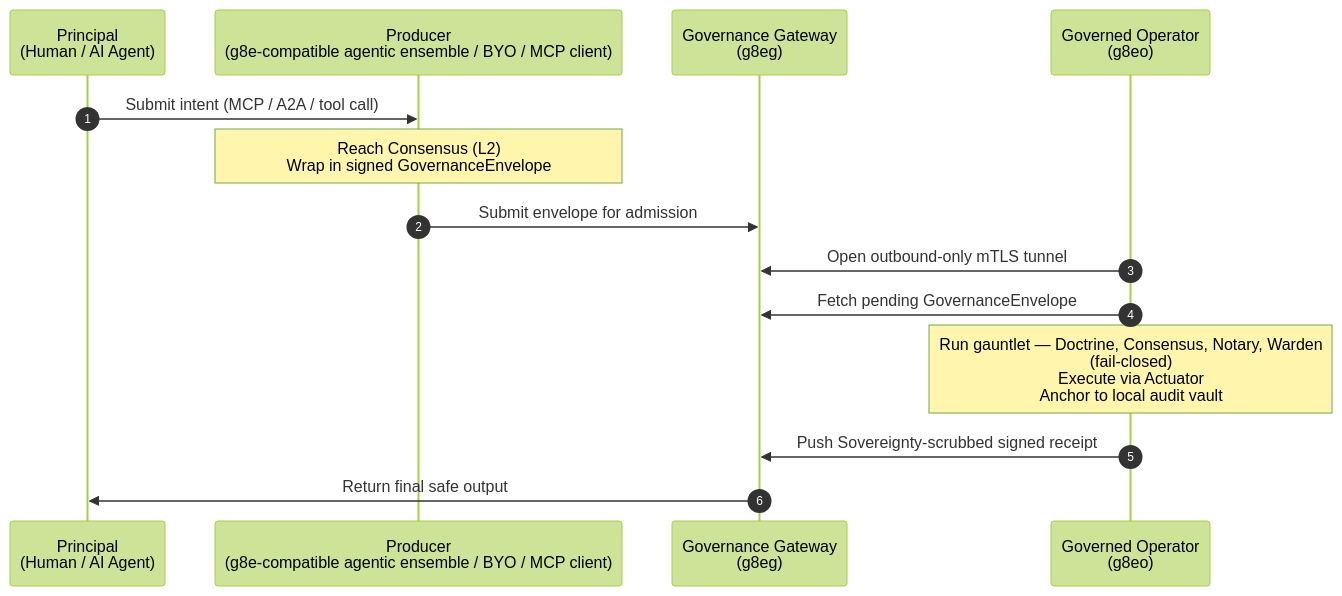
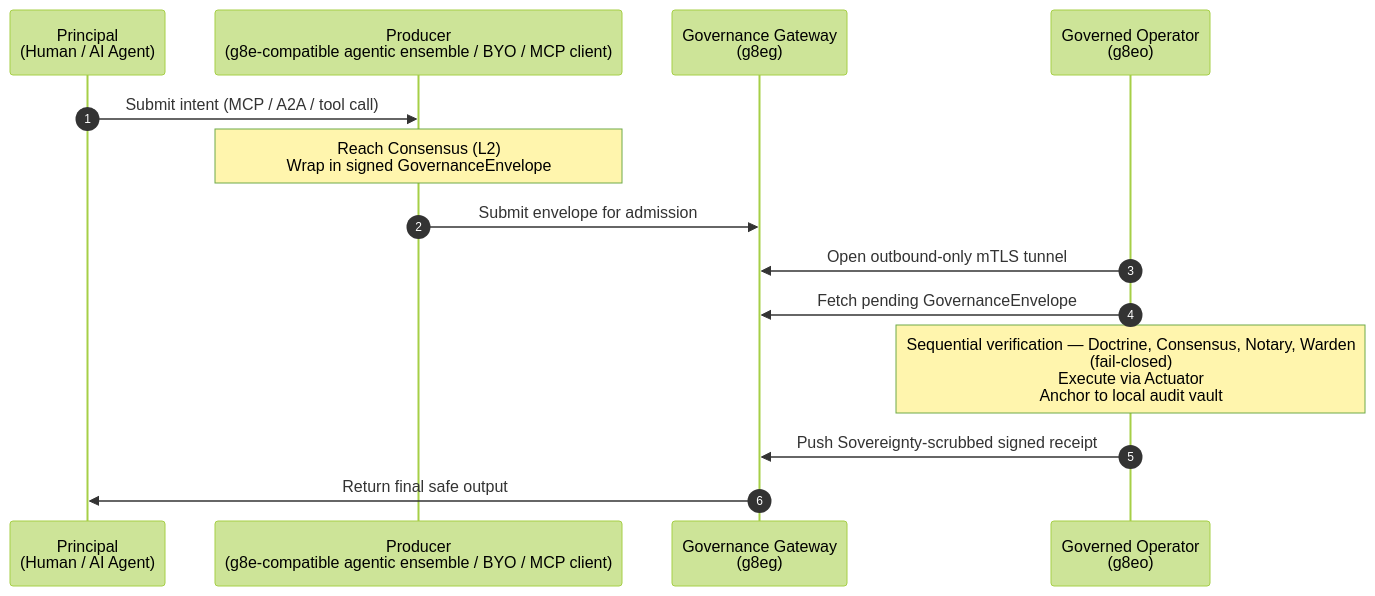
The second of 3 diagrams in README.md (g8e-ai/g8e), drawn with Mermaid (forest theme) before and after one commit. The commit also changed other lines of this file and 13 other files, not shown here.

````diff
--- a/README.md
+++ b/README.md
@@ -134,20 +134,20 @@
 ```mermaid
 sequenceDiagram
     autonumber
     participant Principal as Principal<br/>(Human / AI Agent)
     participant Ensemble as Producer<br/>(g8e-compatible agentic ensemble / BYO / MCP client)
     participant Gateway as Governance Gateway<br/>(g8eg)
     participant Operator as Governed Operator<br/>(g8eo)
 
     Principal->>Ensemble: Submit intent (MCP / A2A / tool call)
     Note over Ensemble: Reach Consensus (L2)<br/>Wrap in signed GovernanceEnvelope
     Ensemble->>Gateway: Submit envelope for admission
 
     Operator->>Gateway: Open outbound-only mTLS tunnel
     Operator->>Gateway: Fetch pending GovernanceEnvelope
 
-    Note over Operator: Run gauntlet — Doctrine, Consensus, Notary, Warden<br/>(fail-closed)<br/>Execute via Actuator<br/>Anchor to local audit vault
+    Note over Operator: Sequential verification — Doctrine, Consensus, Notary, Warden<br/>(fail-closed)<br/>Execute via Actuator<br/>Anchor to local audit vault
 
     Operator->>Gateway: Push Sovereignty-scrubbed signed receipt
     Gateway->>Principal: Return final safe output
 ```
````
